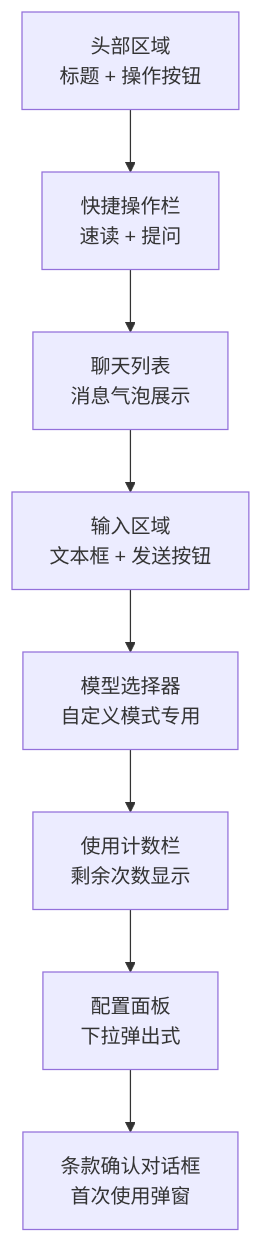
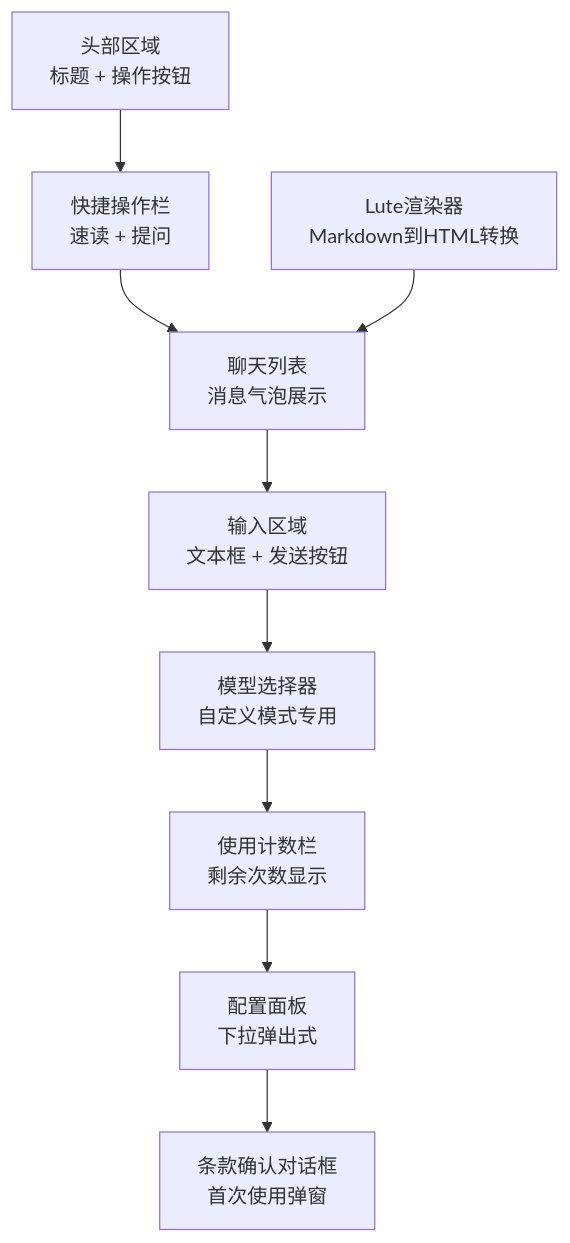
One commit to terwer/siyuan-plugin-blog changed the second of 27 diagrams in .qoder/repowiki/zh/content/核心功能/AI助手系统.md. Above: the diagram before and after it, drawn with Mermaid. The commit also changed other lines of this file and 6 other files, not shown here.

````diff
--- a/.qoder/repowiki/zh/content/核心功能/AI助手系统.md
+++ b/.qoder/repowiki/zh/content/核心功能/AI助手系统.md
@@ -127,10 +142,11 @@
 ```mermaid
 flowchart TD
 Header[头部区域<br/>标题 + 操作按钮] --> QuickActions[快捷操作栏<br/>速读 + 提问]
 QuickActions --> ChatList[聊天列表<br/>消息气泡展示]
 ChatList --> InputArea[输入区域<br/>文本框 + 发送按钮]
 InputArea --> ModelSelector[模型选择器<br/>自定义模式专用]
 ModelSelector --> UsageBar[使用计数栏<br/>剩余次数显示]
 UsageBar --> ConfigPanel[配置面板<br/>下拉弹出式]
 ConfigPanel --> TermsDialog[条款确认对话框<br/>首次使用弹窗]
+LuteRenderer[Lute渲染器<br/>Markdown到HTML转换] --> ChatList
 ```
````
